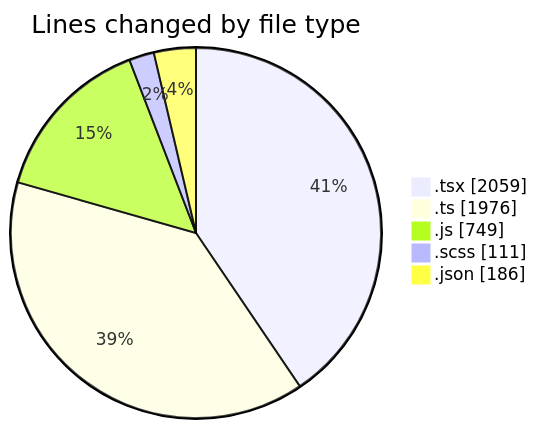
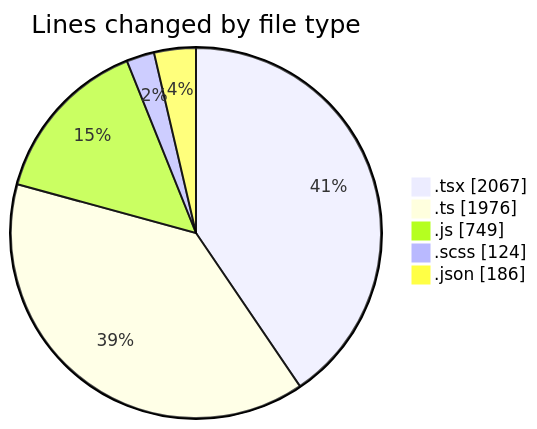
Before and after one commit to momahboobian/code-tracking: the first of 2 diagrams in 2026-06-11/cda/README.md, drawn with Mermaid. The commit also changed other lines of this file and 1 other file, not shown here.

````diff
--- a/2026-06-11/cda/README.md
+++ b/2026-06-11/cda/README.md
@@ -53,9 +53,9 @@
 ```mermaid
 pie showData
 title Lines changed by file type
-".tsx" : 2059
+".tsx" : 2067
 ".ts" : 1976
 ".js" : 749
-".scss" : 111
+".scss" : 124
 ".json" : 186
 ```
````
